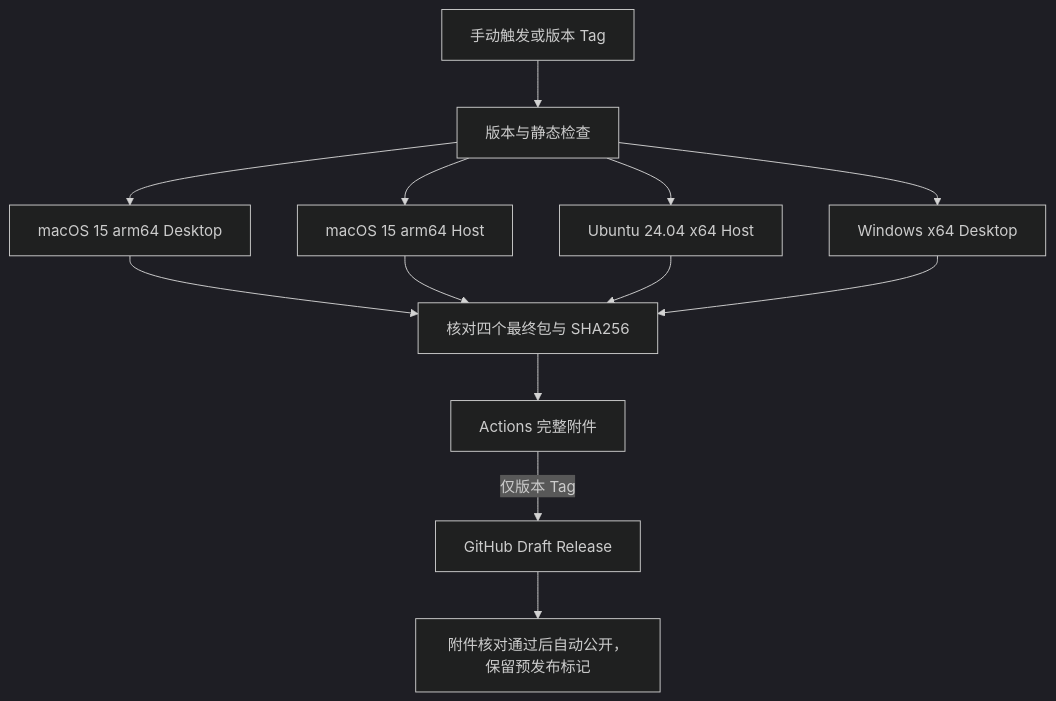
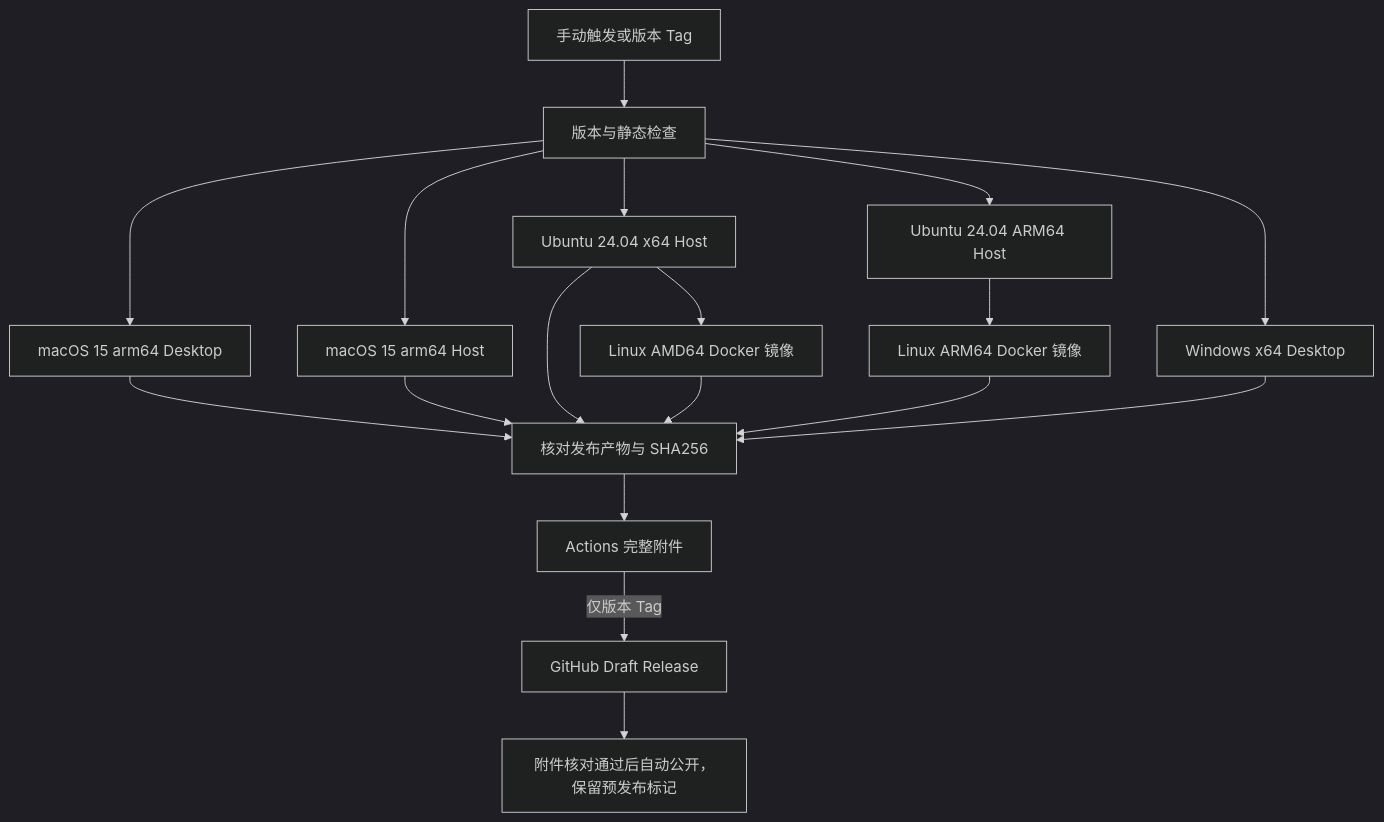
One commit to xidongdong-153/Pi-meme changed the second of 2 diagrams in docs/releasing.md. Above: the diagram before and after it, drawn with Mermaid. The commit also changed other lines of this file and 10 other files, not shown here.

Commit message:
feat(docker): 支持双架构 Host 镜像发布与受限会话

````diff
--- a/docs/releasing.md
+++ b/docs/releasing.md
@@ -173,16 +180,21 @@
 ```mermaid
 %%{init: {"theme": "dark"}}%%
 flowchart TD
   Trigger["手动触发或版本 Tag"] --> Check["版本与静态检查"]
   Check --> Desktop["macOS 15 arm64 Desktop"]
   Check --> MacHost["macOS 15 arm64 Host"]
   Check --> LinuxHost["Ubuntu 24.04 x64 Host"]
   Check --> Windows["Windows x64 Desktop"]
-  Desktop --> Assemble["核对四个最终包与 SHA256"]
+  Desktop --> Assemble["核对发布产物与 SHA256"]
   MacHost --> Assemble
   LinuxHost --> Assemble
+  LinuxHost --> DockerX64["Linux AMD64 Docker 镜像"]
+  Check --> LinuxArm["Ubuntu 24.04 ARM64 Host"]
+  LinuxArm --> DockerArm["Linux ARM64 Docker 镜像"]
+  DockerX64 --> Assemble
+  DockerArm --> Assemble
   Windows --> Assemble
   Assemble --> Artifacts["Actions 完整附件"]
   Artifacts -->|"仅版本 Tag"| Draft["GitHub Draft Release"]
   Draft --> Public["附件核对通过后自动公开，保留预发布标记"]
 ```
````
